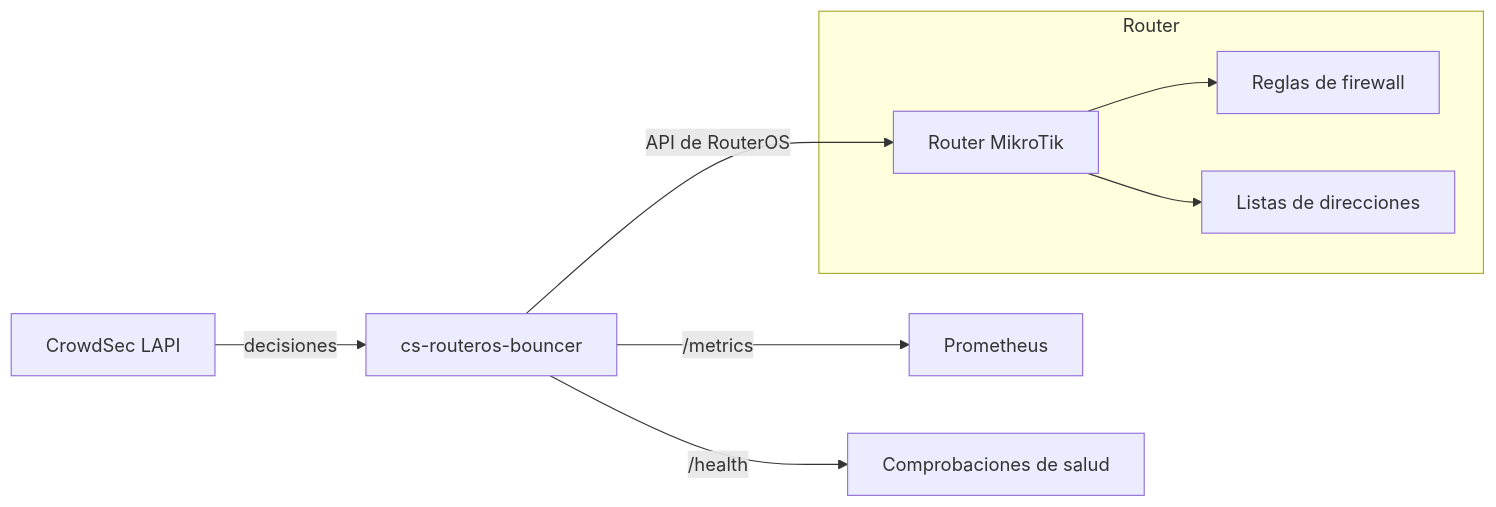
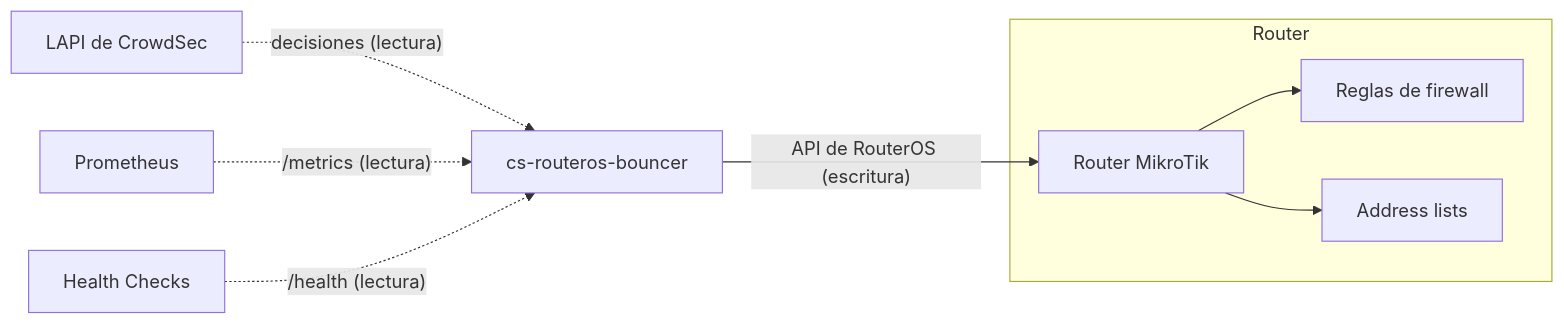
One commit to jmrplens/cs-routeros-bouncer changed the first of 3 diagrams in docs/src/content/docs/es/architecture/index.mdx. Above: the diagram before and after it, drawn with Mermaid. The commit also changed other lines of this file and 33 other files, not shown here.

First line of the commit message:
feat(docs): retokenise the mark, add four diagrams, rebuild navigation

````diff
--- a/docs/src/content/docs/es/architecture/index.mdx
+++ b/docs/src/content/docs/es/architecture/index.mdx
@@ -13,14 +14,14 @@
 ```mermaid
 flowchart LR
     accTitle: Visión general de la arquitectura de cs-routeros-bouncer
     accDescr: La LAPI de CrowdSec envía decisiones de ban y unban a cs-routeros-bouncer, que las aplica al router MikroTik a través de la API de RouterOS, expone métricas de Prometheus y sirve comprobaciones de salud. El router aplica los cambios a sus reglas de firewall y listas de direcciones.
-    CS[CrowdSec LAPI] -->|decisiones| B[cs-routeros-bouncer]
-    B -->|API de RouterOS| R[Router MikroTik]
-    B -->|/metrics| P[Prometheus]
-    B -->|/health| H[Comprobaciones de salud]
+    CS[LAPI de CrowdSec] -. "decisiones (lectura)" .-> B[cs-routeros-bouncer]
+    B -->|"API de RouterOS (escritura)"| R[Router MikroTik]
+    P[Prometheus] -. "/metrics (lectura)" .-> B
+    H[Health Checks] -. "/health (lectura)" .-> B
 
     subgraph Router
         R --> FW[Reglas de firewall]
-        R --> AL[Listas de direcciones]
+        R --> AL[Address lists]
     end
 ```
````
